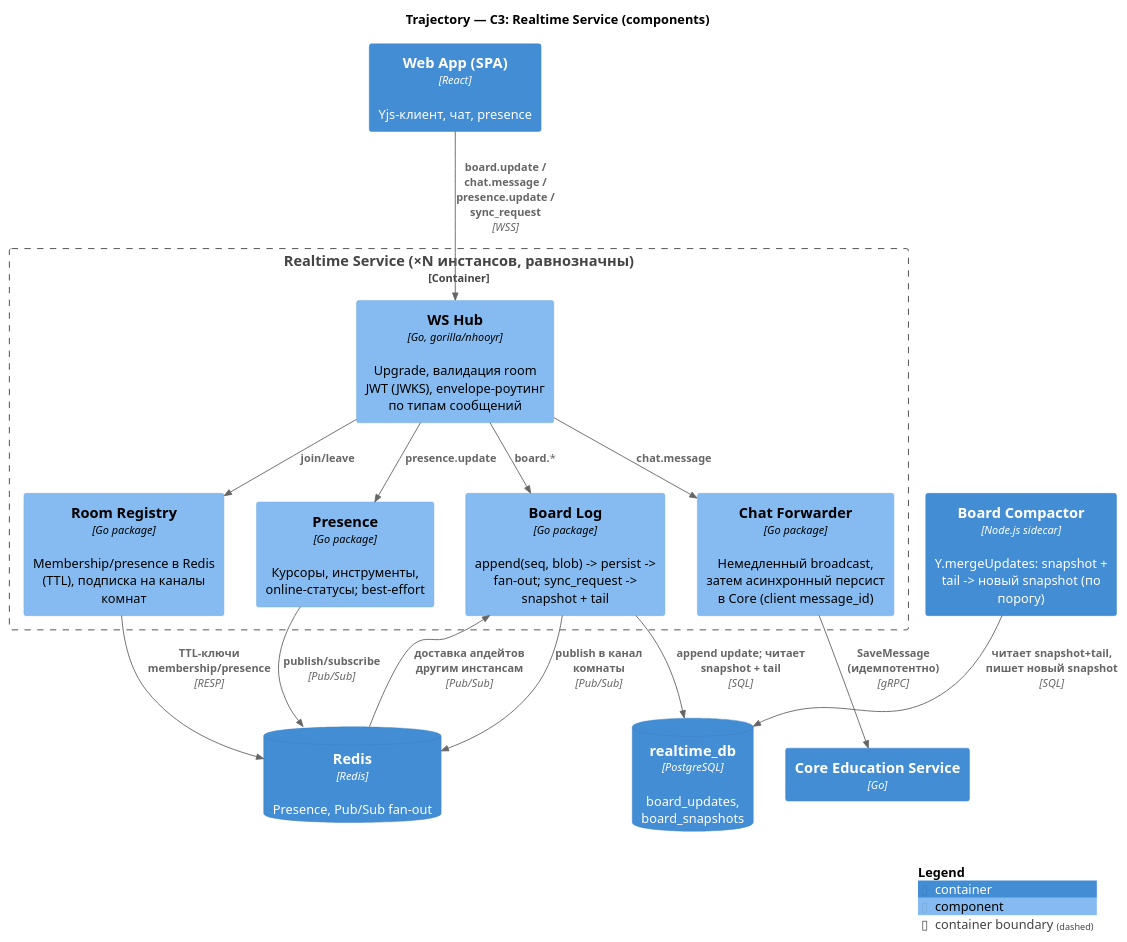
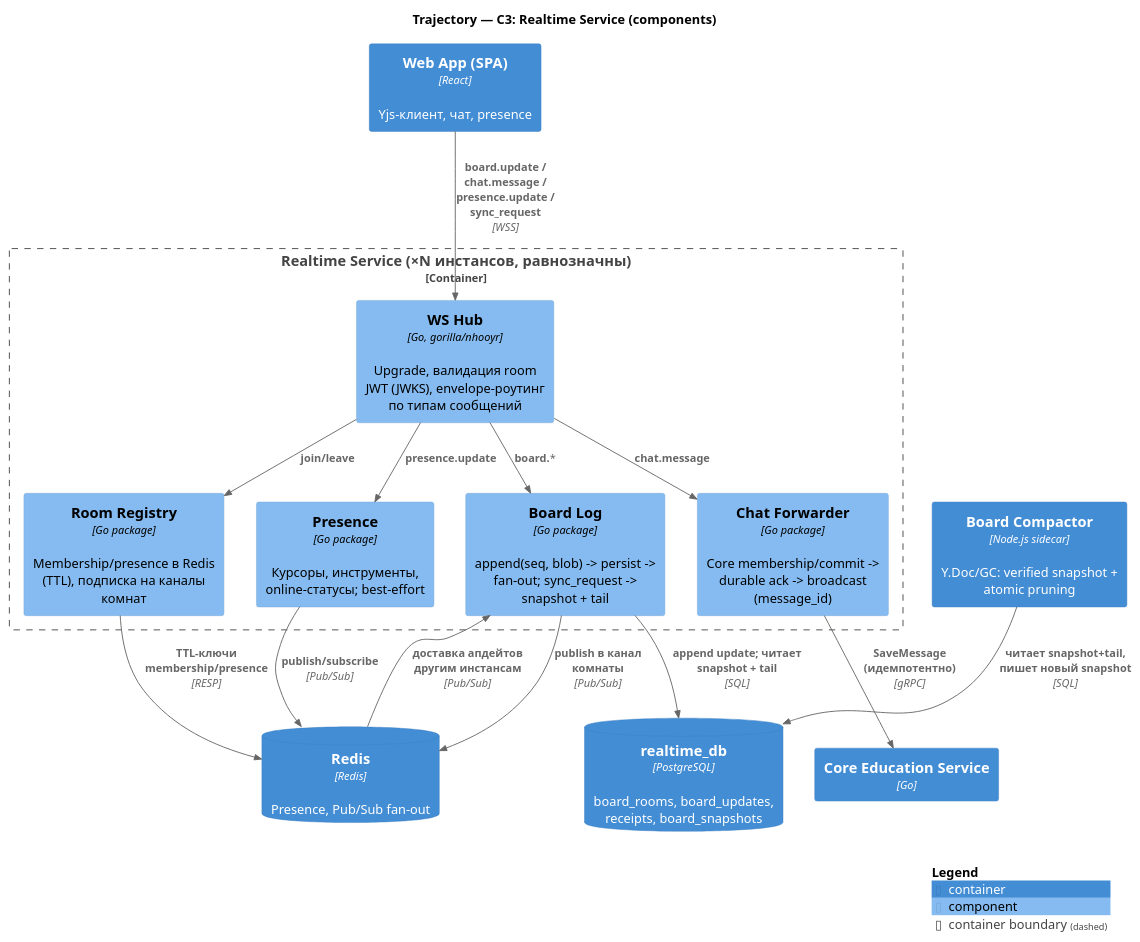
The diagram in Системный анализ/diagrams/c4/c3-realtime.puml (trajectory-platform/architeture), drawn with PlantUML before and after one commit. The commit also changed 65 other files, not shown here.

```diff
--- a/Системный анализ/diagrams/c4/c3-realtime.puml
+++ b/Системный анализ/diagrams/c4/c3-realtime.puml
@@ -1,39 +1,39 @@
 @startuml c3-realtime
 !include <C4/C4_Component>
 
 title Trajectory — C3: Realtime Service (components)
 
 Container(spa, "Web App (SPA)", "React", "Yjs-клиент, чат, presence")
 Container(core, "Core Education Service", "Go")
-ContainerDb(pg_rt, "realtime_db", "PostgreSQL", "board_updates, board_snapshots")
+ContainerDb(pg_rt, "realtime_db", "PostgreSQL", "board_rooms, board_updates, receipts, board_snapshots")
 ContainerDb(redis, "Redis", "Redis", "Presence, Pub/Sub fan-out")
-Container(compactor, "Board Compactor", "Node.js sidecar", "Y.mergeUpdates: snapshot + tail -> новый snapshot (по порогу)")
+Container(compactor, "Board Compactor", "Node.js sidecar", "Y.Doc/GC: verified snapshot + atomic pruning")
 
 Container_Boundary(realtime, "Realtime Service (×N инстансов, равнозначны)") {
     Component(ws_hub, "WS Hub", "Go, gorilla/nhooyr", "Upgrade, валидация room JWT (JWKS), envelope-роутинг по типам сообщений")
     Component(room_registry, "Room Registry", "Go package", "Membership/presence в Redis (TTL), подписка на каналы комнат")
     Component(board, "Board Log", "Go package", "append(seq, blob) -> persist -> fan-out; sync_request -> snapshot + tail")
-    Component(chat_fwd, "Chat Forwarder", "Go package", "Немедленный broadcast, затем асинхронный персист в Core (client message_id)")
+    Component(chat_fwd, "Chat Forwarder", "Go package", "Core membership/commit -> durable ack -> broadcast (message_id)")
     Component(presence, "Presence", "Go package", "Курсоры, инструменты, online-статусы; best-effort")
 }
 
 Rel(spa, ws_hub, "board.update / chat.message / presence.update / sync_request", "WSS")
 
 Rel(ws_hub, room_registry, "join/leave")
 Rel(ws_hub, board, "board.*")
 Rel(ws_hub, chat_fwd, "chat.message")
 Rel(ws_hub, presence, "presence.update")
 
 Rel(board, pg_rt, "append update; читает snapshot + tail", "SQL")
 Rel(board, redis, "publish в канал комнаты", "Pub/Sub")
 Rel(redis, board, "доставка апдейтов другим инстансам", "Pub/Sub")
 
 Rel(room_registry, redis, "TTL-ключи membership/presence", "RESP")
 Rel(presence, redis, "publish/subscribe", "Pub/Sub")
 
 Rel(chat_fwd, core, "SaveMessage (идемпотентно)", "gRPC")
 
 Rel(compactor, pg_rt, "читает snapshot+tail, пишет новый snapshot", "SQL")
 
 SHOW_LEGEND()
 @enduml
```
